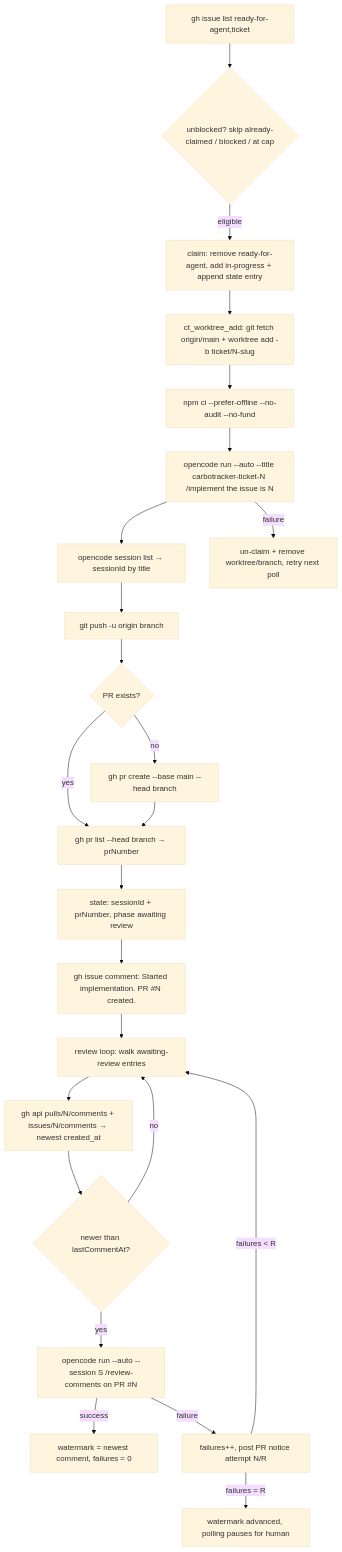
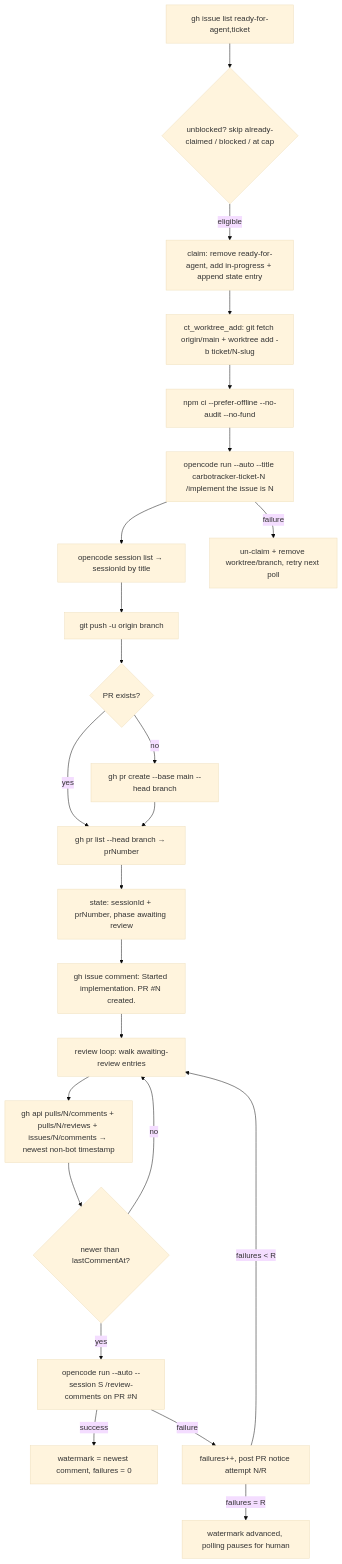
The second of 2 diagrams in tools/orchestrator.md (bemerkenswert/carbotracker), drawn with Mermaid (base theme) before and after one commit. The commit also changed other lines of this file and 2 other files, not shown here.

````diff
--- a/tools/orchestrator.md
+++ b/tools/orchestrator.md
@@ -96,26 +108,26 @@
 ```mermaid
 flowchart TD
     A[gh issue list ready-for-agent,ticket] --> B{unblocked? skip already-claimed / blocked / at cap}
     B -- eligible --> C[claim: remove ready-for-agent, add in-progress + append state entry]
     C --> D[ct_worktree_add: git fetch origin/main + worktree add -b ticket/N-slug]
     D --> E[npm ci --prefer-offline --no-audit --no-fund]
     E --> F[opencode run --auto --title carbotracker-ticket-N /implement the issue is N]
     F --> G[opencode session list → sessionId by title]
     G --> H[git push -u origin branch]
     H --> I{PR exists?}
     I -- no --> J[gh pr create --base main --head branch]
     I -- yes --> K
     J --> K[gh pr list --head branch → prNumber]
     K --> L[state: sessionId + prNumber, phase awaiting review]
     L --> M[gh issue comment: Started implementation. PR #N created.]
     F -- failure --> N[un-claim + remove worktree/branch, retry next poll]
     M --> O[review loop: walk awaiting-review entries]
-    O --> P[gh api pulls/N/comments + issues/N/comments → newest created_at]
+    O --> P[gh api pulls/N/comments + pulls/N/reviews + issues/N/comments → newest non-bot timestamp]
     P --> Q{newer than lastCommentAt?}
     Q -- no --> O
     Q -- yes --> R[opencode run --auto --session S /review-comments on PR #N]
     R -- success --> S[watermark = newest comment, failures = 0]
     R -- failure --> T[failures++, post PR notice attempt N/R]
     T -- failures < R --> O
     T -- failures = R --> U[watermark advanced, polling pauses for human]
 ```
````
